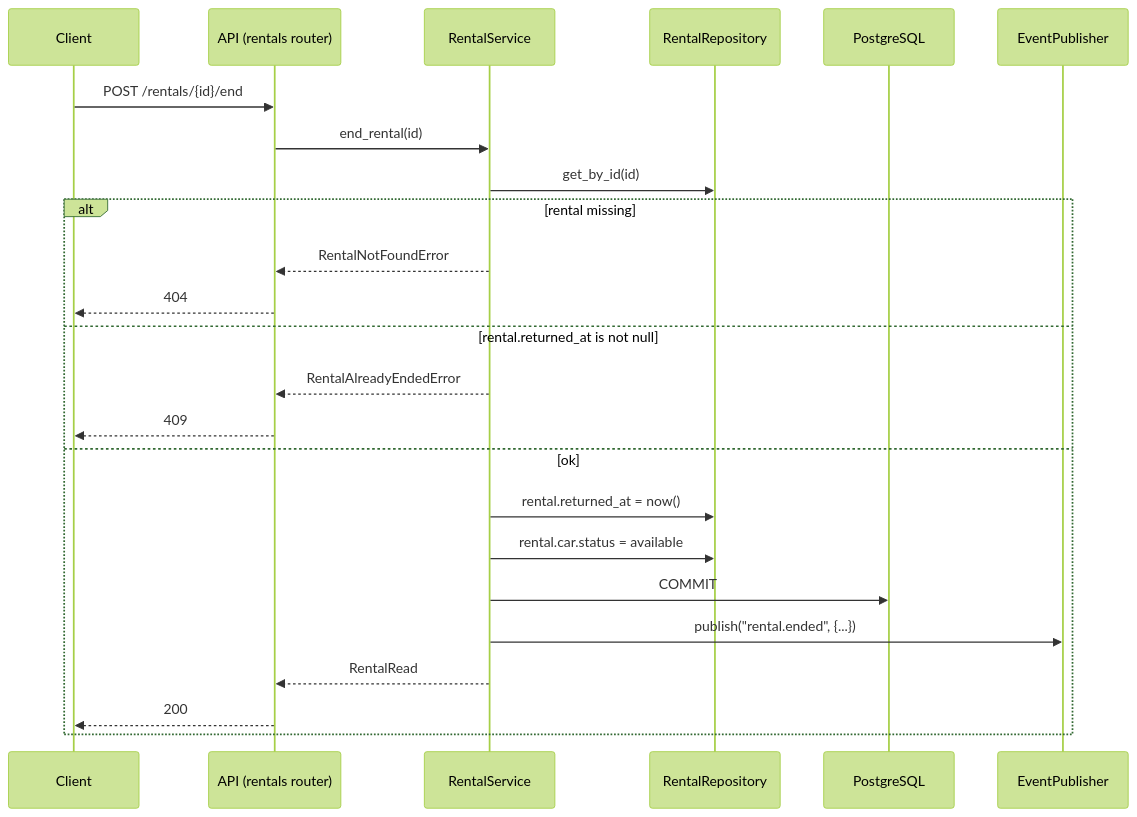
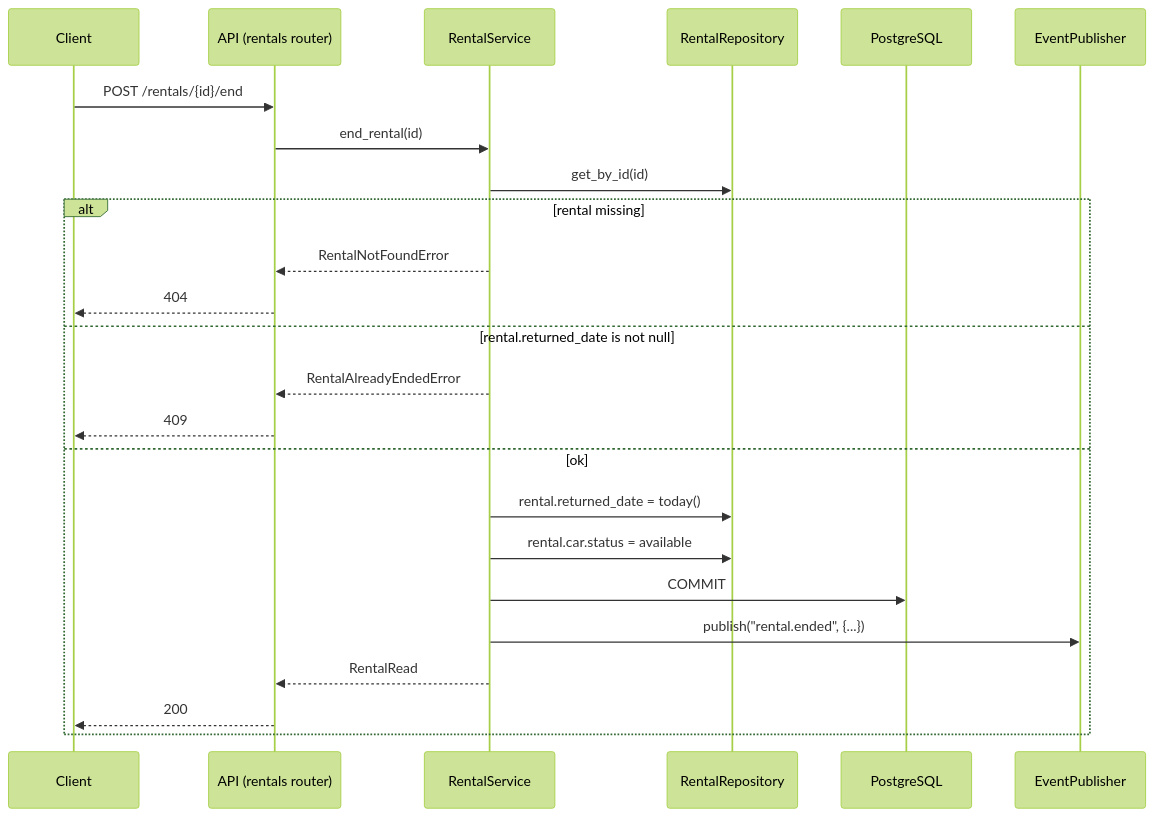
Before and after one commit to renanaya48/DriveNow: the third of 3 diagrams in docs/architecture.md, drawn with Mermaid (forest theme). The commit also changed other lines of this file and 12 other files, not shown here.

````diff
--- a/docs/architecture.md
+++ b/docs/architecture.md
@@ -149,27 +182,27 @@
 ```mermaid
 sequenceDiagram
     participant C as Client
     participant API as API (rentals router)
     participant S as RentalService
     participant RR as RentalRepository
     participant DB as PostgreSQL
     participant P as EventPublisher
 
     C->>API: POST /rentals/{id}/end
     API->>S: end_rental(id)
     S->>RR: get_by_id(id)
     alt rental missing
         S-->>API: RentalNotFoundError
         API-->>C: 404
-    else rental.returned_at is not null
+    else rental.returned_date is not null
         S-->>API: RentalAlreadyEndedError
         API-->>C: 409
     else ok
-        S->>RR: rental.returned_at = now()
+        S->>RR: rental.returned_date = today()
         S->>RR: rental.car.status = available
         S->>DB: COMMIT
         S->>P: publish("rental.ended", {...})
         S-->>API: RentalRead
         API-->>C: 200
     end
 ```
````
